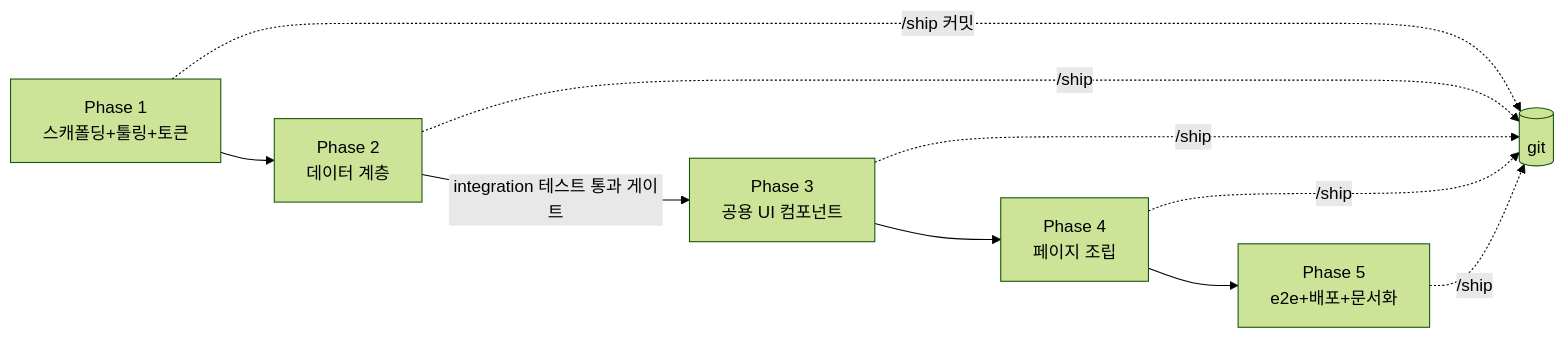
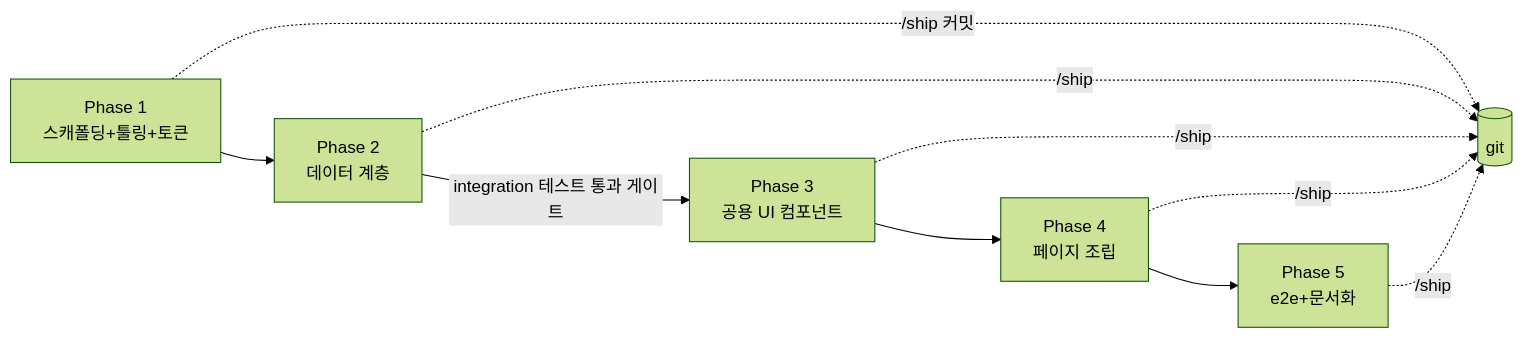
Before and after one commit to ingcco/cdri-books-KimInHyuck: the first of 2 diagrams in .docs/plans/book-search-app.md, drawn with Mermaid (forest theme). The commit also changed other lines of this file and 61 other files, not shown here.

````diff
--- a/.docs/plans/book-search-app.md
+++ b/.docs/plans/book-search-app.md
@@ -44,12 +43,12 @@
 ```mermaid
 flowchart LR
     P1[Phase 1<br/>스캐폴딩+툴링+토큰] --> P2[Phase 2<br/>데이터 계층]
     P2 -->|integration 테스트 통과 게이트| P3[Phase 3<br/>공용 UI 컴포넌트]
     P3 --> P4[Phase 4<br/>페이지 조립]
-    P4 --> P5[Phase 5<br/>e2e+배포+문서화]
+    P4 --> P5[Phase 5<br/>e2e+문서화]
     P1 -.->|/ship 커밋| G[(git)]
     P2 -.->|/ship| G
     P3 -.->|/ship| G
     P4 -.->|/ship| G
     P5 -.->|/ship| G
 ```
````
